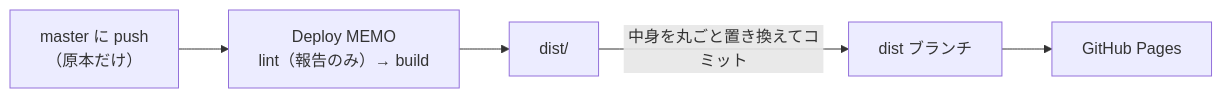
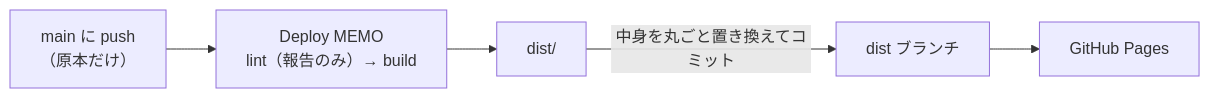
Before and after one commit to taka1156/back-of-the-flyer: the ninth of 10 diagrams in memo-detail.md, drawn with Mermaid. The commit also changed other lines of this file and 27 other files, not shown here.

````diff
--- a/memo-detail.md
+++ b/memo-detail.md
@@ -402,7 +453,7 @@
 ```mermaid
 flowchart LR
-  push["master に push<br/>（原本だけ）"] --> b["Deploy MEMO<br/>lint（報告のみ）→ build"]
+  push["main に push<br/>（原本だけ）"] --> b["Deploy MEMO<br/>lint（報告のみ）→ build"]
   b --> d["dist/"]
   d -->|"中身を丸ごと置き換えてコミット"| br["dist ブランチ"]
   br --> pages["GitHub Pages"]
 ```
````
